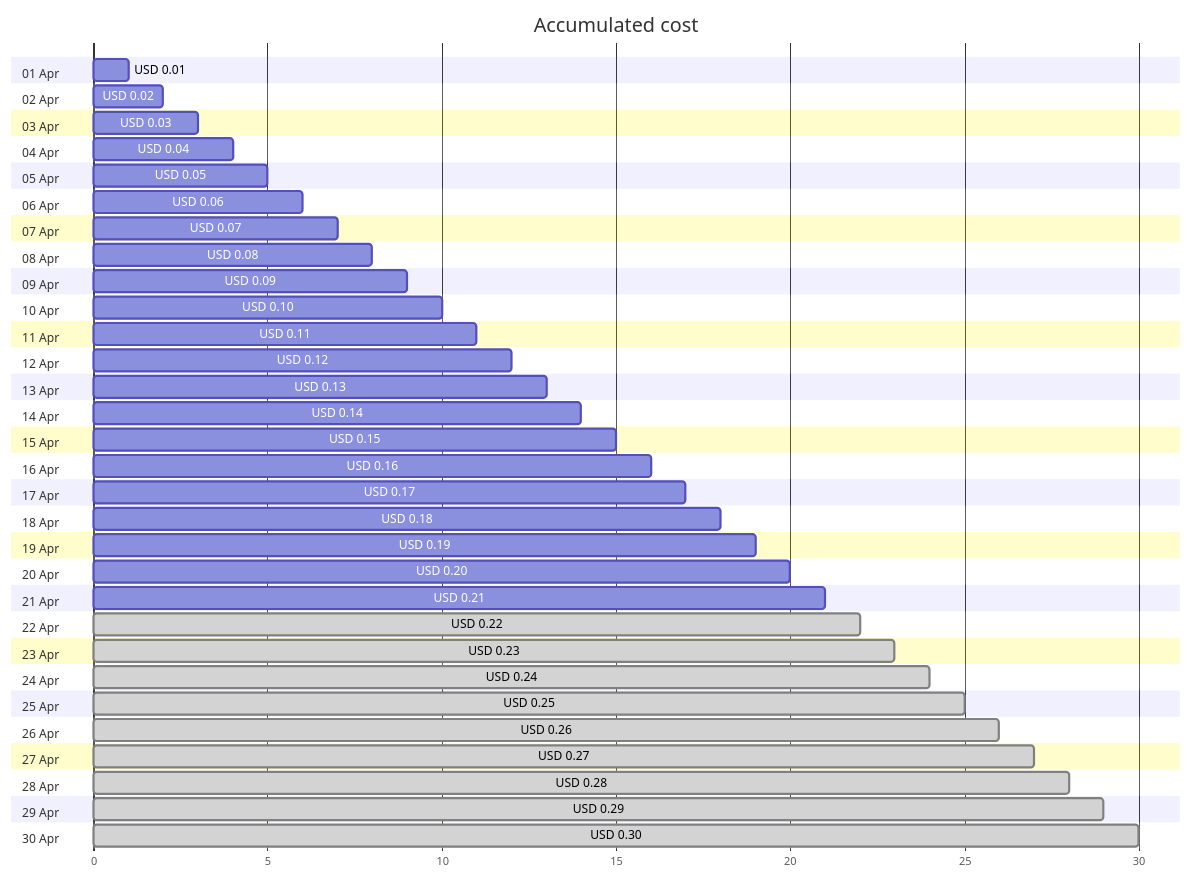
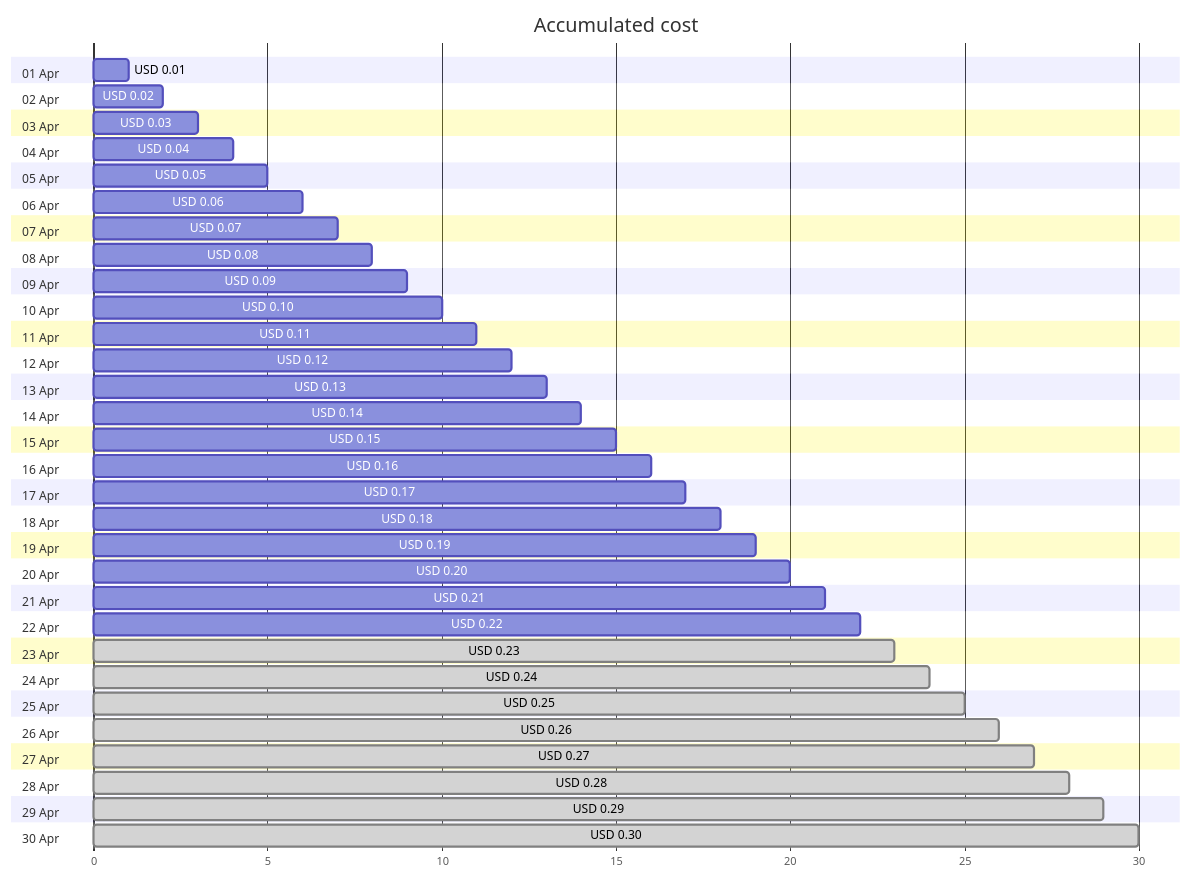
One commit to jpfulton/azure-personal-reports changed the first of 4 diagrams in cost-reports/cloud-shell-storage-eastus/README.md. Above: the diagram before and after it, drawn with Mermaid. The commit also changed other lines of this file and 1 other file, not shown here.

````diff
--- a/cost-reports/cloud-shell-storage-eastus/README.md
+++ b/cost-reports/cloud-shell-storage-eastus/README.md
@@ -20,66 +20,66 @@
 ```mermaid
 gantt
    title Accumulated cost
    dateFormat  X
    axisFormat %s
    section 01 Apr
    USD 0.01 :0, 1
    section 02 Apr
    USD 0.02 :0, 2
    section 03 Apr
    USD 0.03 :0, 3
    section 04 Apr
    USD 0.04 :0, 4
    section 05 Apr
    USD 0.05 :0, 5
    section 06 Apr
    USD 0.06 :0, 6
    section 07 Apr
    USD 0.07 :0, 7
    section 08 Apr
    USD 0.08 :0, 8
    section 09 Apr
    USD 0.09 :0, 9
    section 10 Apr
    USD 0.10 :0, 10
    section 11 Apr
    USD 0.11 :0, 11
    section 12 Apr
    USD 0.12 :0, 12
    section 13 Apr
    USD 0.13 :0, 13
    section 14 Apr
    USD 0.14 :0, 14
    section 15 Apr
    USD 0.15 :0, 15
    section 16 Apr
    USD 0.16 :0, 16
    section 17 Apr
    USD 0.17 :0, 17
    section 18 Apr
    USD 0.18 :0, 18
    section 19 Apr
    USD 0.19 :0, 19
    section 20 Apr
    USD 0.20 :0, 20
    section 21 Apr
    USD 0.21 :0, 21
    section 22 Apr
-   USD 0.22 : done, 0, 22
+   USD 0.22 :0, 22
    section 23 Apr
    USD 0.23 : done, 0, 23
    section 24 Apr
    USD 0.24 : done, 0, 24
    section 25 Apr
    USD 0.25 : done, 0, 25
    section 26 Apr
    USD 0.26 : done, 0, 26
    section 27 Apr
    USD 0.27 : done, 0, 27
    section 28 Apr
    USD 0.28 : done, 0, 28
    section 29 Apr
    USD 0.29 : done, 0, 29
    section 30 Apr
    USD 0.30 : done, 0, 30
 ```
````
